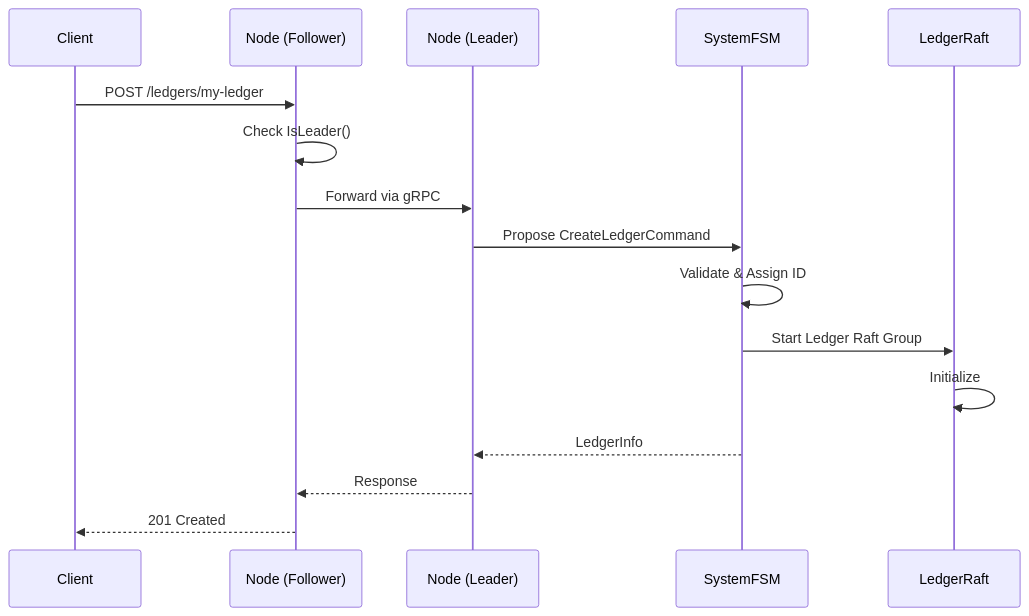
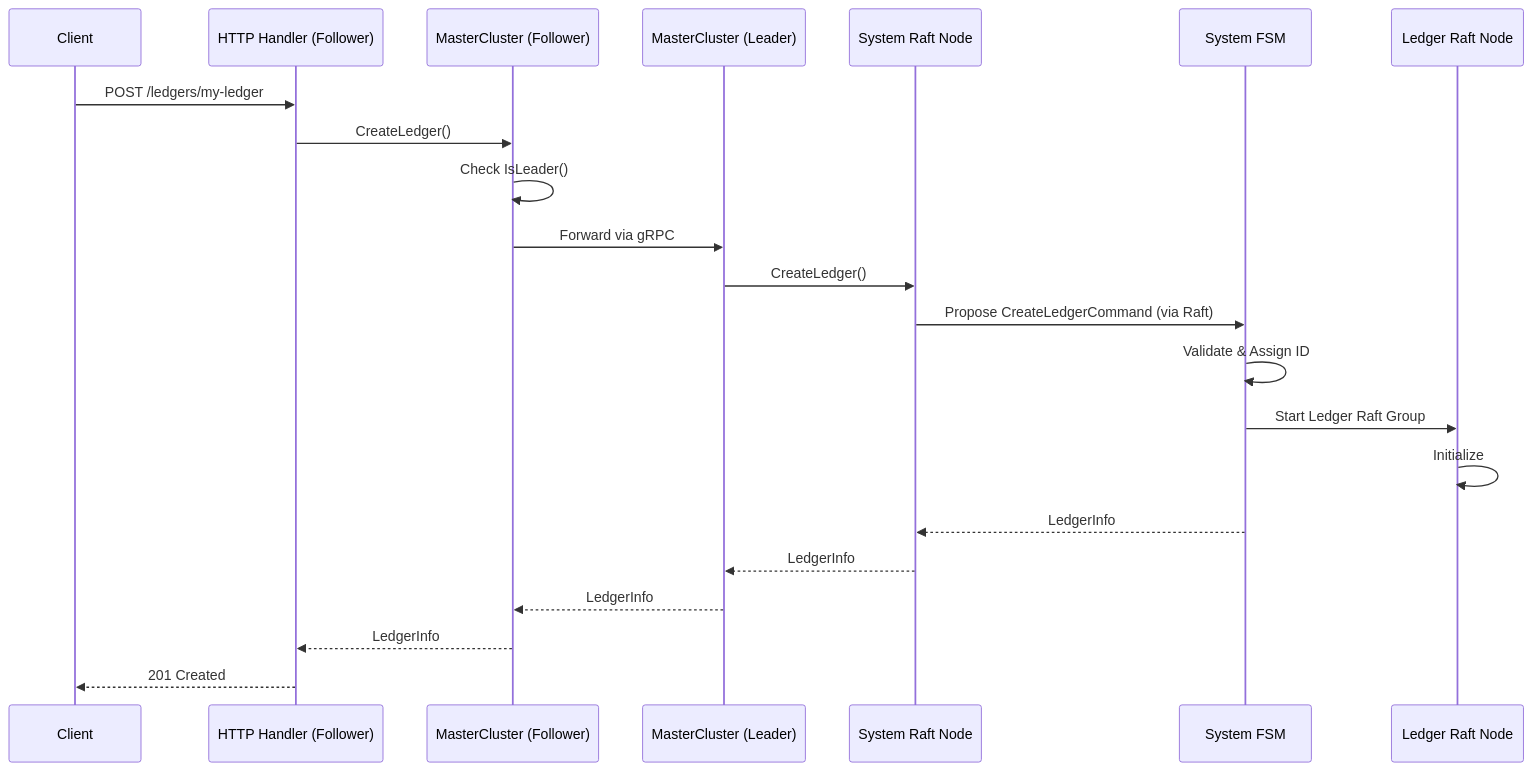
Before and after one commit to formancehq/ledger: the second of 4 diagrams in docs/buckets-ledgers.md, drawn with Mermaid. The commit also changed other lines of this file and 11 other files, not shown here.

````diff
--- a/docs/buckets-ledgers.md
+++ b/docs/buckets-ledgers.md
@@ -80,19 +92,25 @@
 ```mermaid
 sequenceDiagram
     participant Client
-    participant Node1 as Node (Follower)
-    participant Node2 as Node (Leader)
-    participant SystemFSM
-    participant LedgerRaft
+    participant HTTP1 as HTTP Handler (Follower)
+    participant MasterCluster1 as MasterCluster (Follower)
+    participant MasterCluster2 as MasterCluster (Leader)
+    participant SystemNode as System Raft Node
+    participant SystemFSM as System FSM
+    participant LedgerNode as Ledger Raft Node
     
-    Client->>Node1: POST /ledgers/my-ledger
-    Node1->>Node1: Check IsLeader()
-    Node1->>Node2: Forward via gRPC
-    Node2->>SystemFSM: Propose CreateLedgerCommand
+    Client->>HTTP1: POST /ledgers/my-ledger
+    HTTP1->>MasterCluster1: CreateLedger()
+    MasterCluster1->>MasterCluster1: Check IsLeader()
+    MasterCluster1->>MasterCluster2: Forward via gRPC
+    MasterCluster2->>SystemNode: CreateLedger()
+    SystemNode->>SystemFSM: Propose CreateLedgerCommand (via Raft)
     SystemFSM->>SystemFSM: Validate & Assign ID
-    SystemFSM->>LedgerRaft: Start Ledger Raft Group
-    LedgerRaft->>LedgerRaft: Initialize
-    SystemFSM-->>Node2: LedgerInfo
-    Node2-->>Node1: Response
-    Node1-->>Client: 201 Created
+    SystemFSM->>LedgerNode: Start Ledger Raft Group
+    LedgerNode->>LedgerNode: Initialize
+    SystemFSM-->>SystemNode: LedgerInfo
+    SystemNode-->>MasterCluster2: LedgerInfo
+    MasterCluster2-->>MasterCluster1: LedgerInfo
+    MasterCluster1-->>HTTP1: LedgerInfo
+    HTTP1-->>Client: 201 Created
 ```
````
